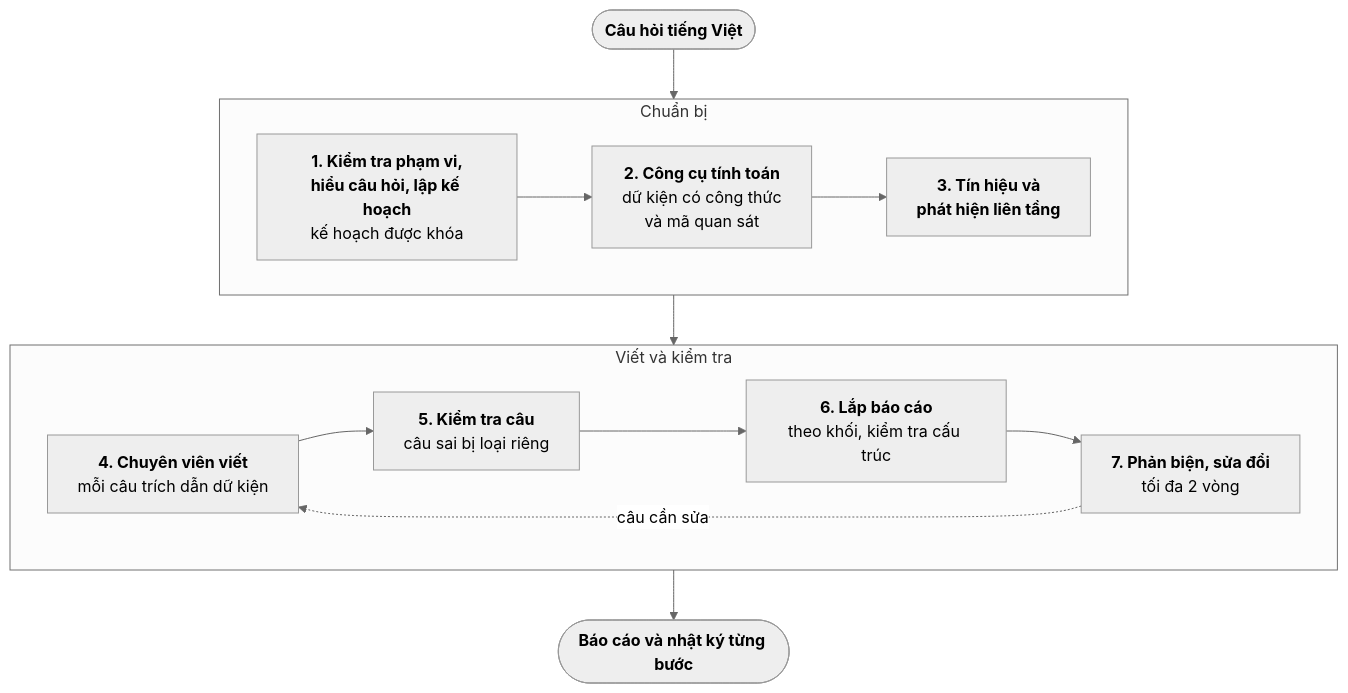
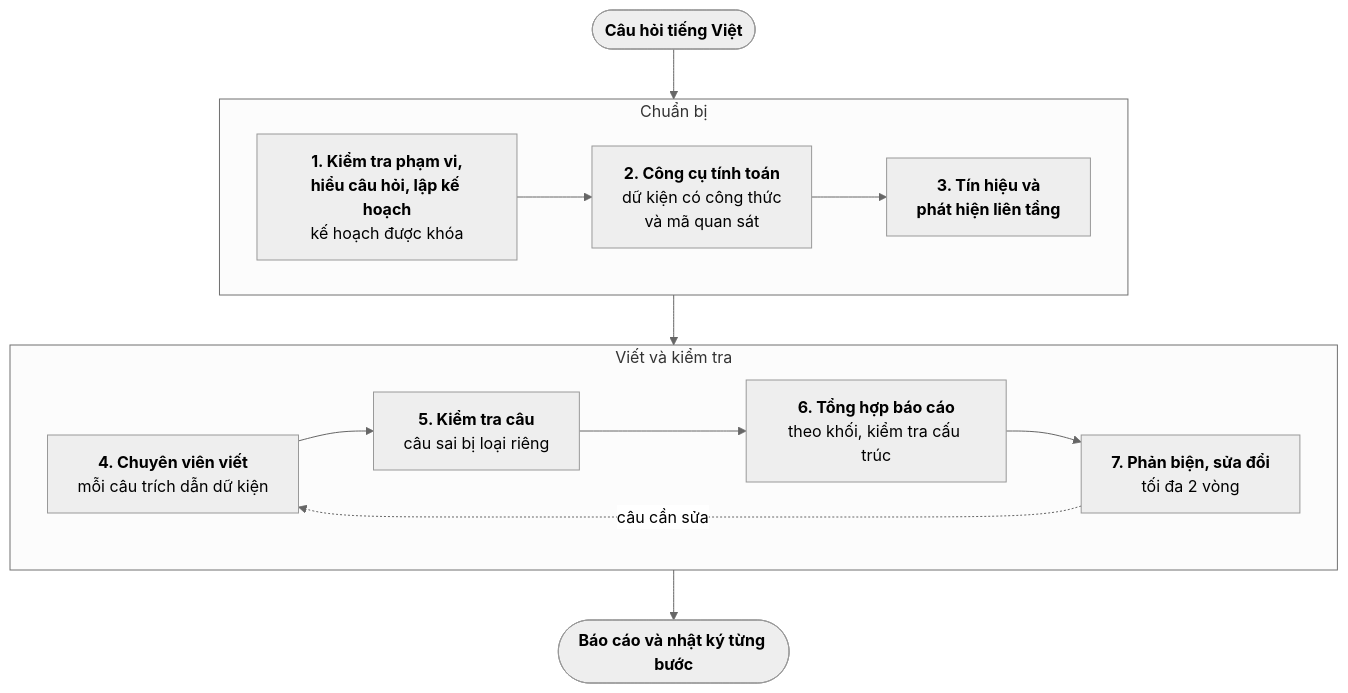
The second of 3 diagrams in docs/thesis-v2/chuong-4-thiet-ke-trien-khai.md (thaicuong576/final-thesis), drawn with Mermaid (neutral theme) before and after one commit. The commit also changed other lines of this file and 7 other files, not shown here.

````diff
--- a/docs/thesis-v2/chuong-4-thiet-ke-trien-khai.md
+++ b/docs/thesis-v2/chuong-4-thiet-ke-trien-khai.md
@@ -39,24 +39,24 @@
 ```mermaid
 flowchart TB
     Q(["<b>Câu hỏi tiếng Việt</b>"])
     subgraph PRE ["Chuẩn bị"]
         direction LR
         P["<b>1. Kiểm tra phạm vi,<br/>hiểu câu hỏi, lập kế hoạch</b><br/>kế hoạch được khóa"]
         T["<b>2. Công cụ tính toán</b><br/>dữ kiện có công thức<br/>và mã quan sát"]
         G["<b>3. Tín hiệu và<br/>phát hiện liên tầng</b>"]
         P --> T --> G
     end
     subgraph WRI ["Viết và kiểm tra"]
         direction LR
         W["<b>4. Chuyên viên viết</b><br/>mỗi câu trích dẫn dữ kiện"]
         V["<b>5. Kiểm tra câu</b><br/>câu sai bị loại riêng"]
-        A["<b>6. Lắp báo cáo</b><br/>theo khối, kiểm tra cấu trúc"]
+        A["<b>6. Tổng hợp báo cáo</b><br/>theo khối, kiểm tra cấu trúc"]
         C["<b>7. Phản biện, sửa đổi</b><br/>tối đa 2 vòng"]
         W --> V --> A --> C
         C -.->|"câu cần sửa"| W
     end
     O(["<b>Báo cáo và nhật ký từng bước</b>"])
     Q --> PRE
     PRE --> WRI
     WRI --> O
 ```
````
